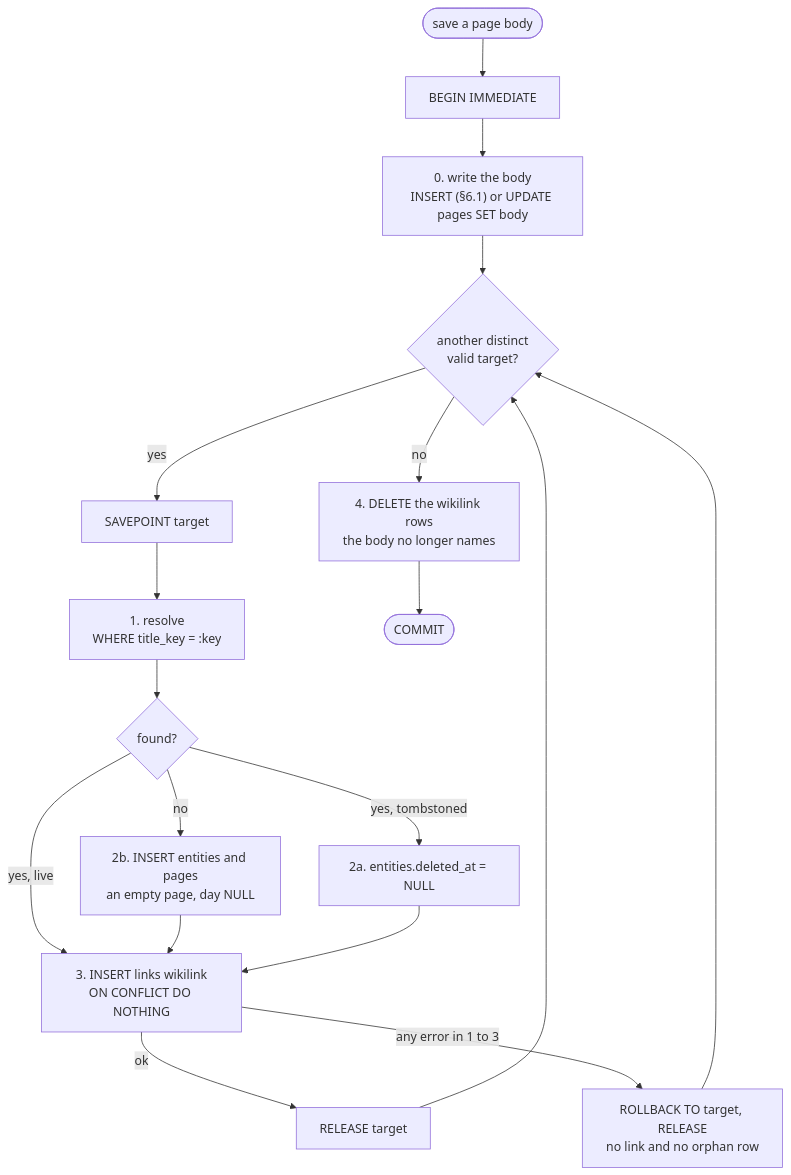
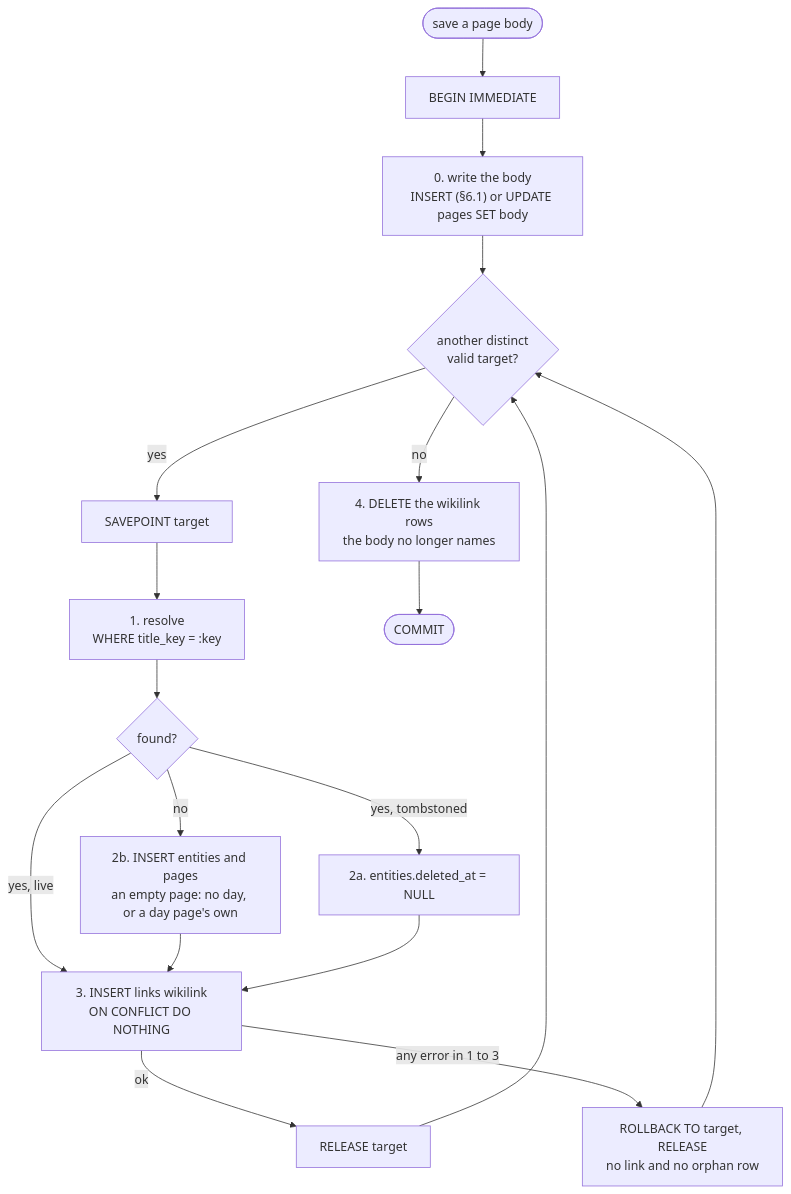
The eighth of 8 diagrams in SCHEMA.md (alexradunet/lifelogdb), drawn with Mermaid before and after one commit. The commit also changed other lines of this file and 21 other files, not shown here.

````diff
--- a/SCHEMA.md
+++ b/SCHEMA.md
@@ -2011,21 +1966,21 @@
 ```mermaid
 %% diagram: save-flow
 flowchart TD
     start(["save a page body"]) --> begin["BEGIN IMMEDIATE"]
     begin --> body["0. write the body<br/>INSERT (§6.1) or UPDATE pages SET body"]
     body --> more{"another distinct<br/>valid target?"}
     more -->|"yes"| sp["SAVEPOINT target"]
     sp --> resolve["1. resolve<br/>WHERE title_key = :key"]
     resolve --> found{"found?"}
-    found -->|"no"| create["2b. INSERT entities and pages<br/>an empty page, day NULL"]
+    found -->|"no"| create["2b. INSERT entities and pages<br/>an empty page: no day, or a day page's own"]
     found -->|"yes, tombstoned"| revive["2a. entities.deleted_at = NULL"]
     found -->|"yes, live"| link
     create --> link["3. INSERT links wikilink<br/>ON CONFLICT DO NOTHING"]
     revive --> link
     link -->|"ok"| release["RELEASE target"]
     link -->|"any error in 1 to 3"| back["ROLLBACK TO target, RELEASE<br/>no link and no orphan row"]
     release --> more
     back --> more
     more -->|"no"| prune["4. DELETE the wikilink rows<br/>the body no longer names"]
     prune --> commit(["COMMIT"])
 ```
````
